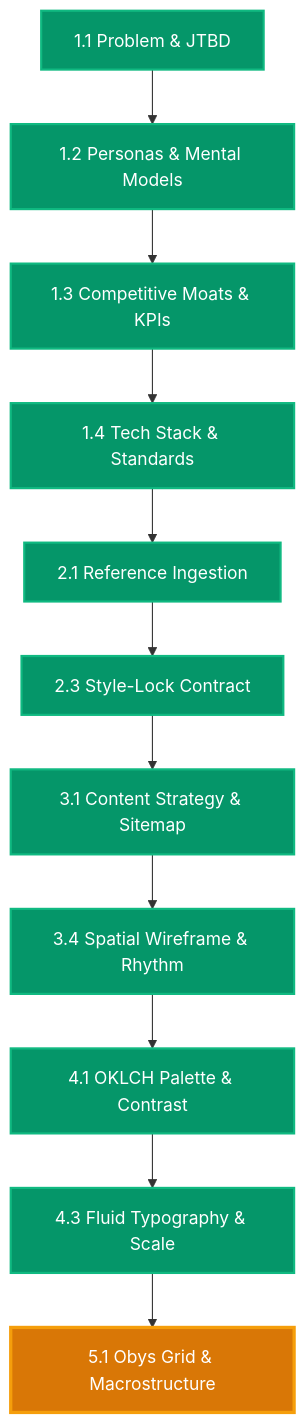
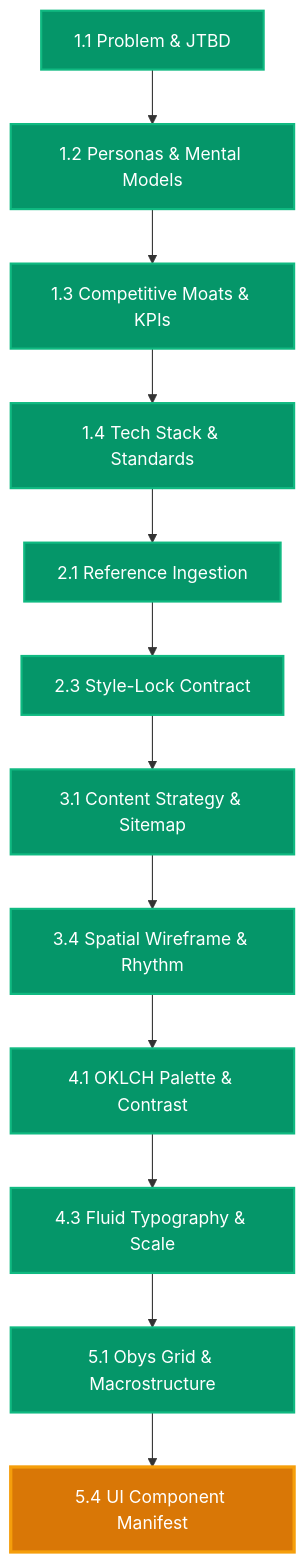
The diagram in RESUME.md (atinek-182/Vidya-Dham-Academy), drawn with Mermaid before and after one commit. The commit also changed other lines of this file and 12 other files, not shown here.

````diff
--- a/RESUME.md
+++ b/RESUME.md
@@ -40,17 +41,18 @@
 ```mermaid
 graph TD
   P1_1["1.1 Problem & JTBD"]:::completed --> P1_2["1.2 Personas & Mental Models"]:::completed
   P1_2 --> P1_3["1.3 Competitive Moats & KPIs"]:::completed
   P1_3 --> P1_4["1.4 Tech Stack & Standards"]:::completed
   P1_4 --> P2_1["2.1 Reference Ingestion"]:::completed
   P2_1 --> P2_3["2.3 Style-Lock Contract"]:::completed
   P2_3 --> P3_1["3.1 Content Strategy & Sitemap"]:::completed
   P3_1 --> P3_4["3.4 Spatial Wireframe & Rhythm"]:::completed
   P3_4 --> P4_1["4.1 OKLCH Palette & Contrast"]:::completed
   P4_1 --> P4_3["4.3 Fluid Typography & Scale"]:::completed
-  P4_3 --> P5_1["5.1 Obys Grid & Macrostructure"]:::active
+  P4_3 --> P5_1["5.1 Obys Grid & Macrostructure"]:::completed
+  P5_1 --> P5_4["5.4 UI Component Manifest"]:::active
 
   classDef completed fill:#059669,stroke:#10b981,color:#ffffff,stroke-width:2px;
   classDef active fill:#d97706,stroke:#f59e0b,color:#ffffff,stroke-width:3px;
   classDef pending fill:#1f2937,stroke:#374151,color:#9ca3af,stroke-width:1px;
 ```
````
